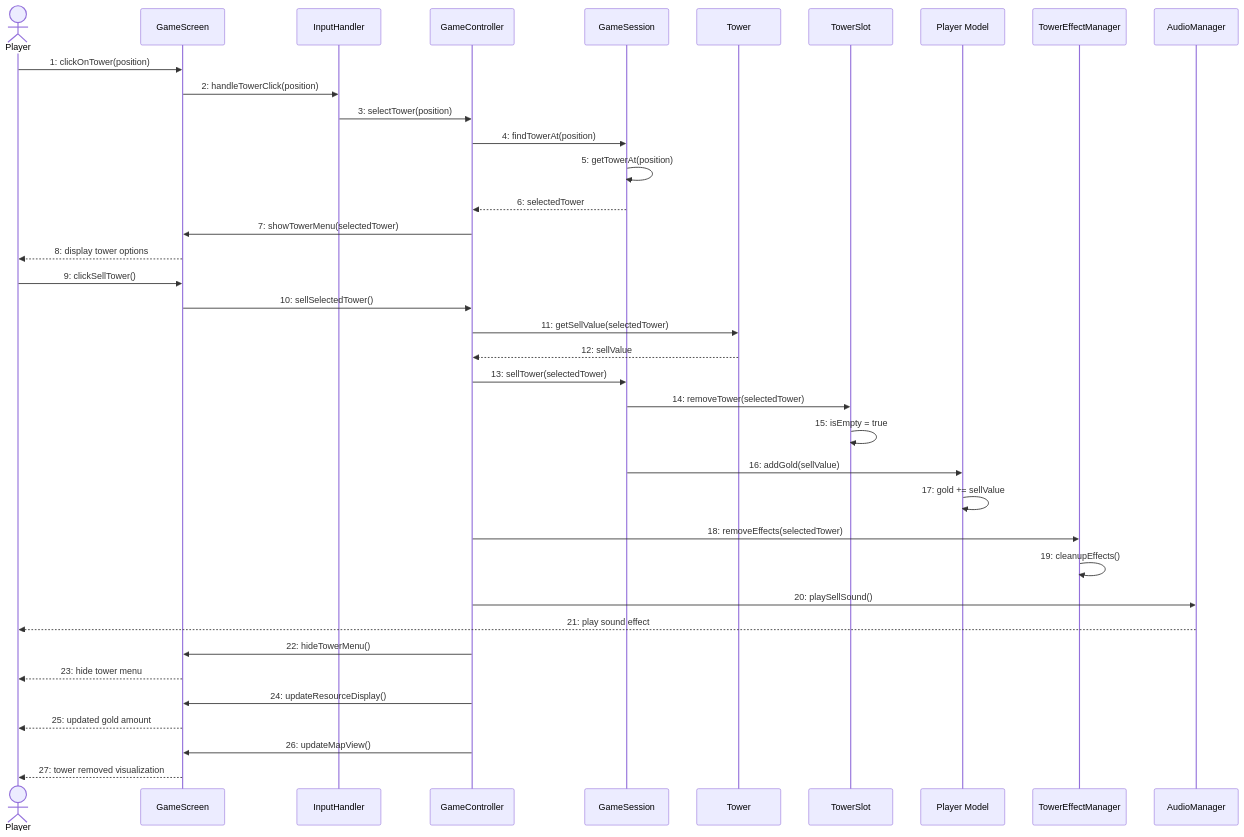
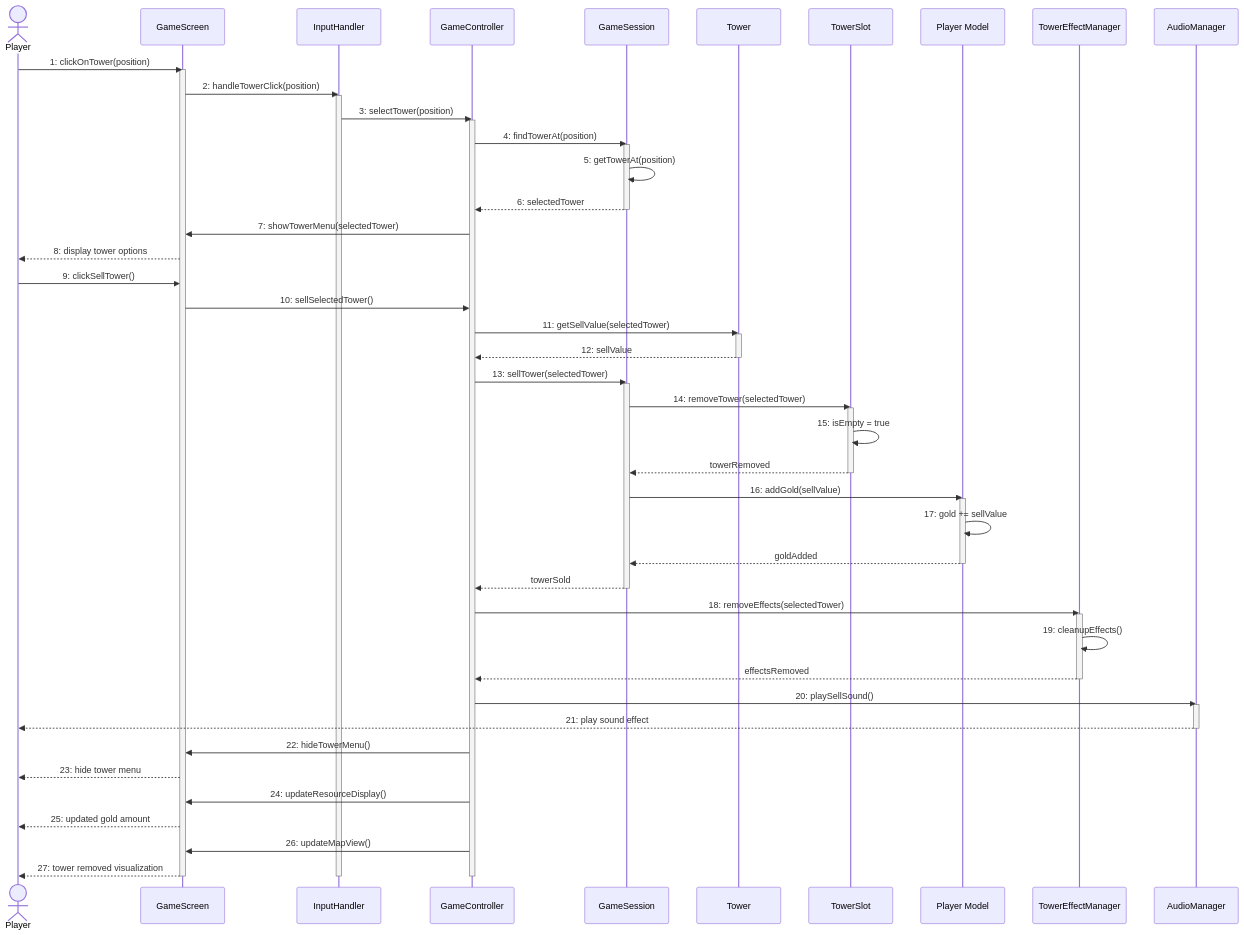
Before and after one commit to EYErbil/KuTowerDefense: the diagram in D1-artifacts/sequence_diagrams/SD_SellTower.md, drawn with Mermaid. The commit also changed 10 other files, not shown here.

Commit message:
ADD : execution specification for sequence diagrams

````diff
--- a/D1-artifacts/sequence_diagrams/SD_SellTower.md
+++ b/D1-artifacts/sequence_diagrams/SD_SellTower.md
@@ -3,52 +3,76 @@
 ```mermaid
 sequenceDiagram
     actor Player
     participant GameScreen
     participant InputHandler
     participant GameController
     participant GameSession
     participant Tower
     participant TowerSlot
     participant PlayerModel as Player Model
     participant TowerEffectManager
     participant AudioManager
 
     Player->>GameScreen: 1: clickOnTower(position)
+    activate GameScreen
     GameScreen->>InputHandler: 2: handleTowerClick(position)
+    activate InputHandler
     InputHandler->>GameController: 3: selectTower(position)
+    activate GameController
     
     GameController->>GameSession: 4: findTowerAt(position)
+    activate GameSession
     GameSession->>GameSession: 5: getTowerAt(position)
     GameSession-->>GameController: 6: selectedTower
+    deactivate GameSession
     
     GameController->>GameScreen: 7: showTowerMenu(selectedTower)
     GameScreen-->>Player: 8: display tower options
     
     Player->>GameScreen: 9: clickSellTower()
     GameScreen->>GameController: 10: sellSelectedTower()
     
     GameController->>Tower: 11: getSellValue(selectedTower)
+    activate Tower
     Tower-->>GameController: 12: sellValue
+    deactivate Tower
     
     GameController->>GameSession: 13: sellTower(selectedTower)
+    activate GameSession
     GameSession->>TowerSlot: 14: removeTower(selectedTower)
+    activate TowerSlot
     TowerSlot->>TowerSlot: 15: isEmpty = true
+    TowerSlot-->>GameSession: towerRemoved
+    deactivate TowerSlot
     
     GameSession->>PlayerModel: 16: addGold(sellValue)
+    activate PlayerModel
     PlayerModel->>PlayerModel: 17: gold += sellValue
+    PlayerModel-->>GameSession: goldAdded
+    deactivate PlayerModel
+    GameSession-->>GameController: towerSold
+    deactivate GameSession
     
     GameController->>TowerEffectManager: 18: removeEffects(selectedTower)
+    activate TowerEffectManager
     TowerEffectManager->>TowerEffectManager: 19: cleanupEffects()
+    TowerEffectManager-->>GameController: effectsRemoved
+    deactivate TowerEffectManager
     
     GameController->>AudioManager: 20: playSellSound()
+    activate AudioManager
     AudioManager-->>Player: 21: play sound effect
+    deactivate AudioManager
     
     GameController->>GameScreen: 22: hideTowerMenu()
     GameScreen-->>Player: 23: hide tower menu
     
     GameController->>GameScreen: 24: updateResourceDisplay()
     GameScreen-->>Player: 25: updated gold amount
     
     GameController->>GameScreen: 26: updateMapView()
     GameScreen-->>Player: 27: tower removed visualization
+    deactivate GameController
+    deactivate InputHandler
+    deactivate GameScreen
 ``` 
````
